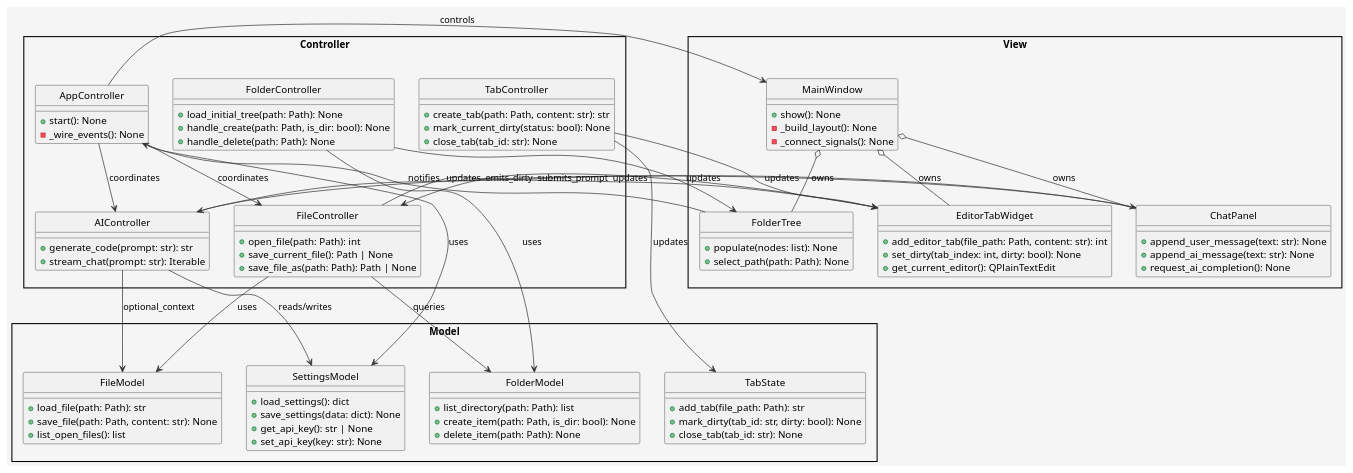
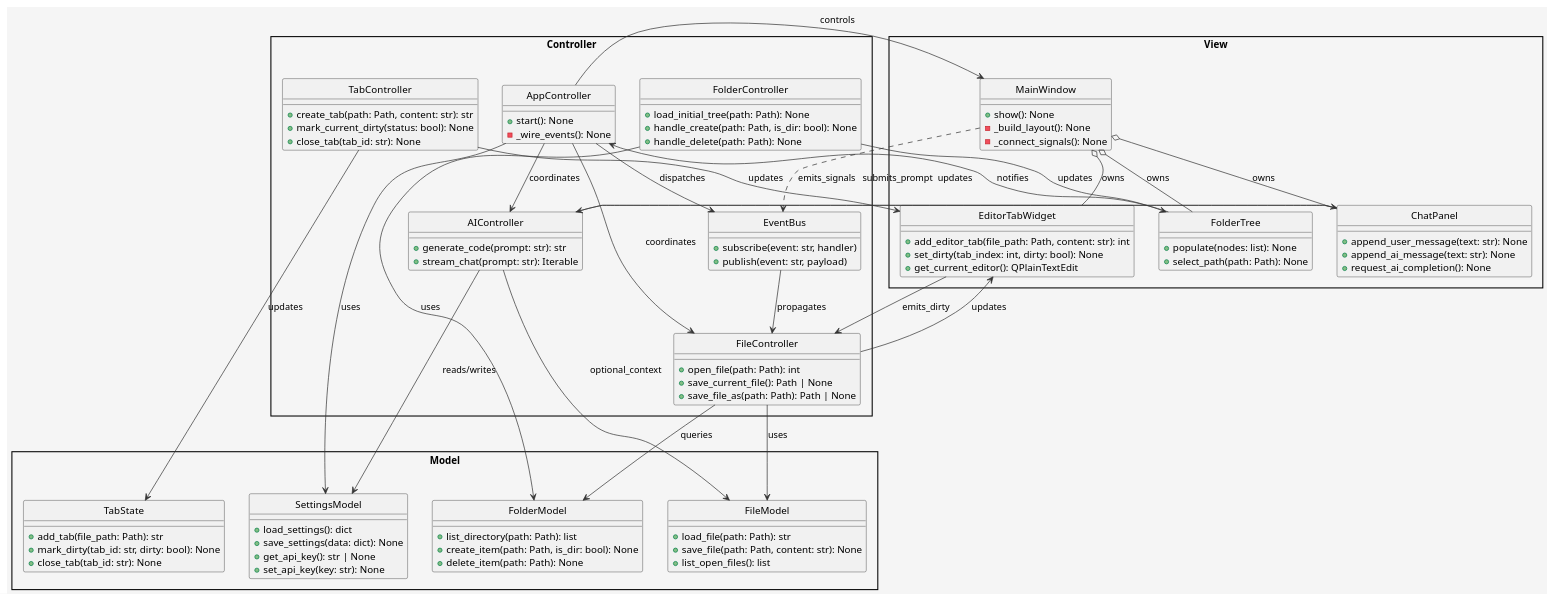
One commit to tt2tt/my_editor changed the diagram in design/architecture.puml. Above: the diagram before and after it, drawn with PlantUML. The commit also changed 5 other files, not shown here.

```diff
--- a/design/architecture.puml
+++ b/design/architecture.puml
@@ -1,117 +1,126 @@
 @startuml ArchitectureDiagram
 ' MVC構造のクラス図。ControllerがModelとView間の仲介を行う。
 skinparam style strictuml
 skinparam packageStyle rectangle
 skinparam backgroundColor #f5f5f5
 skinparam ArrowColor #333333
 skinparam ArrowThickness 1
 skinparam defaultTextAlignment center
 
 package "Model" {
   class FileModel {
     +load_file(path: Path): str
     +save_file(path: Path, content: str): None
     +list_open_files(): list
   }
 
   class FolderModel {
     +list_directory(path: Path): list
     +create_item(path: Path, is_dir: bool): None
     +delete_item(path: Path): None
   }
 
   class TabState {
     +add_tab(file_path: Path): str
     +mark_dirty(tab_id: str, dirty: bool): None
     +close_tab(tab_id: str): None
   }
 
   class SettingsModel {
     +load_settings(): dict
     +save_settings(data: dict): None
     +get_api_key(): str | None
     +set_api_key(key: str): None
   }
 }
 
 package "View" {
   class MainWindow {
     +show(): None
     -_build_layout(): None
     -_connect_signals(): None
   }
 
   class EditorTabWidget {
     +add_editor_tab(file_path: Path, content: str): int
     +set_dirty(tab_index: int, dirty: bool): None
     +get_current_editor(): QPlainTextEdit
   }
 
   class FolderTree {
     +populate(nodes: list): None
     +select_path(path: Path): None
   }
 
   class ChatPanel {
     +append_user_message(text: str): None
     +append_ai_message(text: str): None
     +request_ai_completion(): None
   }
 }
 
 package "Controller" {
   class AppController {
     +start(): None
     -_wire_events(): None
   }
 
+  class EventBus {
+    +subscribe(event: str, handler)
+    +publish(event: str, payload)
+  }
+
   class FileController {
     +open_file(path: Path): int
     +save_current_file(): Path | None
     +save_file_as(path: Path): Path | None
   }
 
   class FolderController {
     +load_initial_tree(path: Path): None
     +handle_create(path: Path, is_dir: bool): None
     +handle_delete(path: Path): None
   }
 
   class TabController {
     +create_tab(path: Path, content: str): str
     +mark_current_dirty(status: bool): None
     +close_tab(tab_id: str): None
   }
 
   class AIController {
     +generate_code(prompt: str): str
     +stream_chat(prompt: str): Iterable
   }
 }
 
 AppController --> MainWindow : controls
 AppController --> FileController : coordinates
 AppController --> AIController : coordinates
 AppController --> SettingsModel : uses
+AppController --> EventBus : dispatches
 
 FileController --> FileModel : uses
 FileController --> EditorTabWidget : updates
 FileController --> FolderModel : queries
 FolderController --> FolderModel : uses
 FolderController --> FolderTree : updates
 TabController --> TabState : updates
 TabController --> EditorTabWidget : updates
 
 AIController --> ChatPanel : updates
 AIController --> SettingsModel : reads/writes
 AIController --> FileModel : optional_context
 
+MainWindow -[dashed]-> EventBus : emits_signals
+EventBus --> FileController : propagates
+
 MainWindow o-- EditorTabWidget : owns
 MainWindow o-- FolderTree : owns
 MainWindow o-- ChatPanel : owns
 
 FolderTree --> AppController : notifies
 EditorTabWidget --> FileController : emits_dirty
 ChatPanel --> AIController : submits_prompt
 
 @enduml
```
